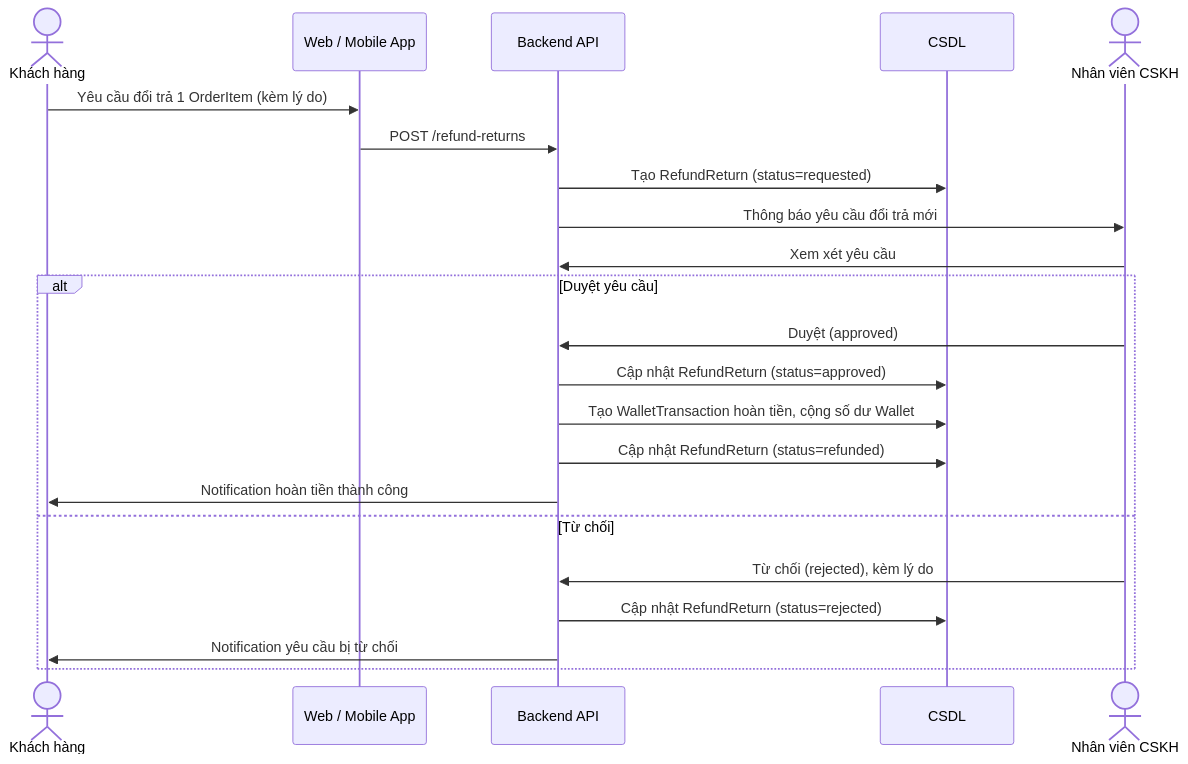
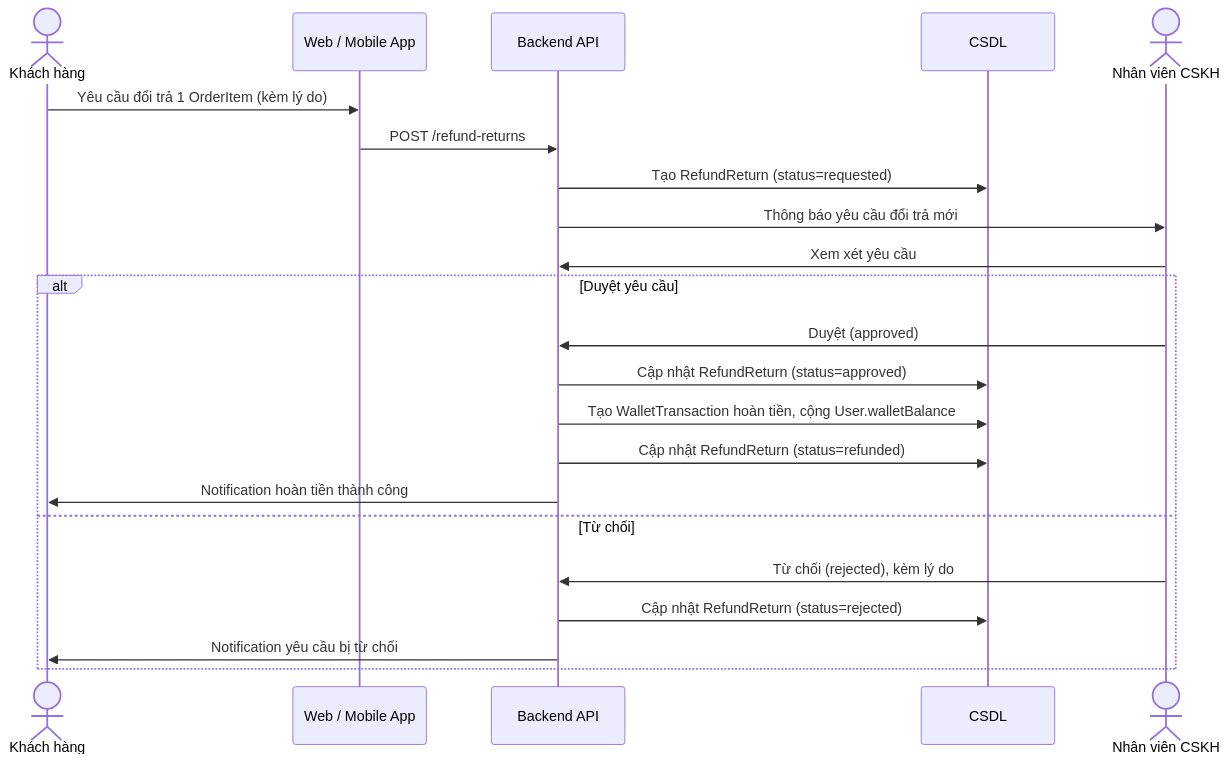
One commit to KhanhChung2k5/Shopee changed the eighth of 11 diagrams in docs/project-overview.md. Above: the diagram before and after it, drawn with Mermaid. The commit also changed other lines of this file and 1 other file, not shown here.

Commit message:
update db diagram v2

````diff
--- a/docs/project-overview.md
+++ b/docs/project-overview.md
@@ -283,26 +286,26 @@
 ```mermaid
 sequenceDiagram
     actor KH as Khách hàng
     participant FE as Web / Mobile App
     participant BE as Backend API
     participant DB as CSDL
     actor NVCS as Nhân viên CSKH
 
     KH->>FE: Yêu cầu đổi trả 1 OrderItem (kèm lý do)
     FE->>BE: POST /refund-returns
     BE->>DB: Tạo RefundReturn (status=requested)
     BE->>NVCS: Thông báo yêu cầu đổi trả mới
 
     NVCS->>BE: Xem xét yêu cầu
     alt Duyệt yêu cầu
         NVCS->>BE: Duyệt (approved)
         BE->>DB: Cập nhật RefundReturn (status=approved)
-        BE->>DB: Tạo WalletTransaction hoàn tiền, cộng số dư Wallet
+        BE->>DB: Tạo WalletTransaction hoàn tiền, cộng User.walletBalance
         BE->>DB: Cập nhật RefundReturn (status=refunded)
         BE->>KH: Notification hoàn tiền thành công
     else Từ chối
         NVCS->>BE: Từ chối (rejected), kèm lý do
         BE->>DB: Cập nhật RefundReturn (status=rejected)
         BE->>KH: Notification yêu cầu bị từ chối
     end
 ```
````
